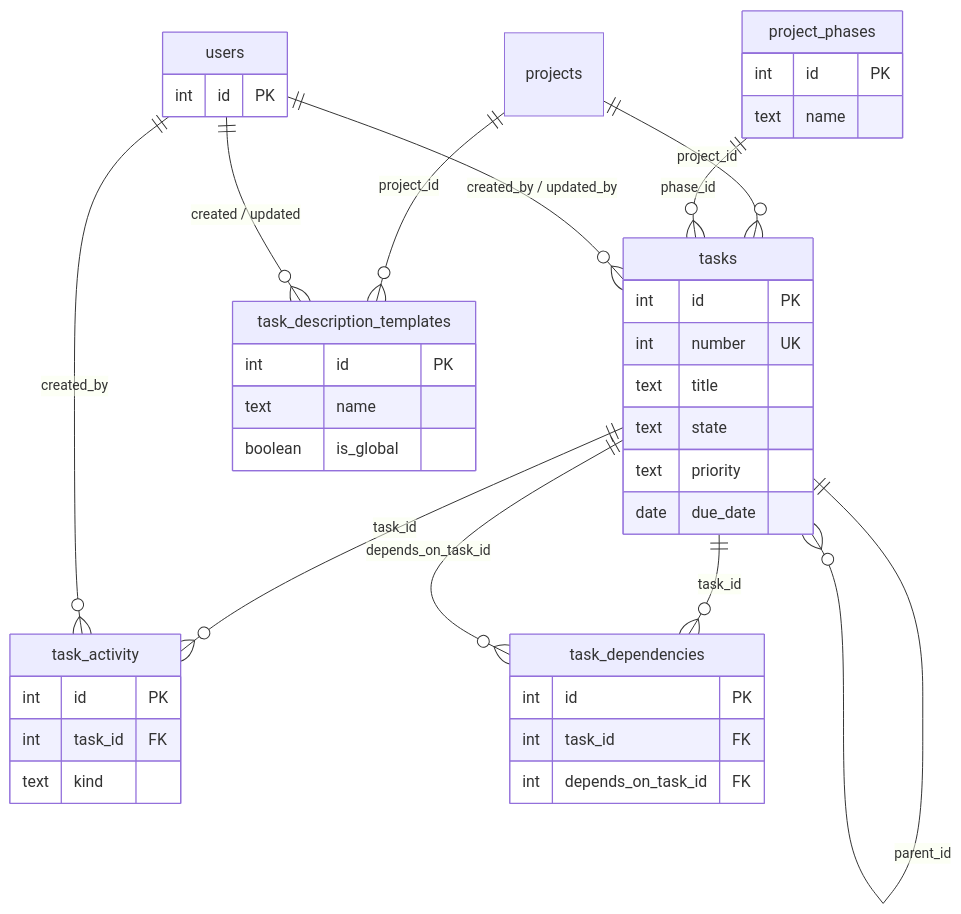
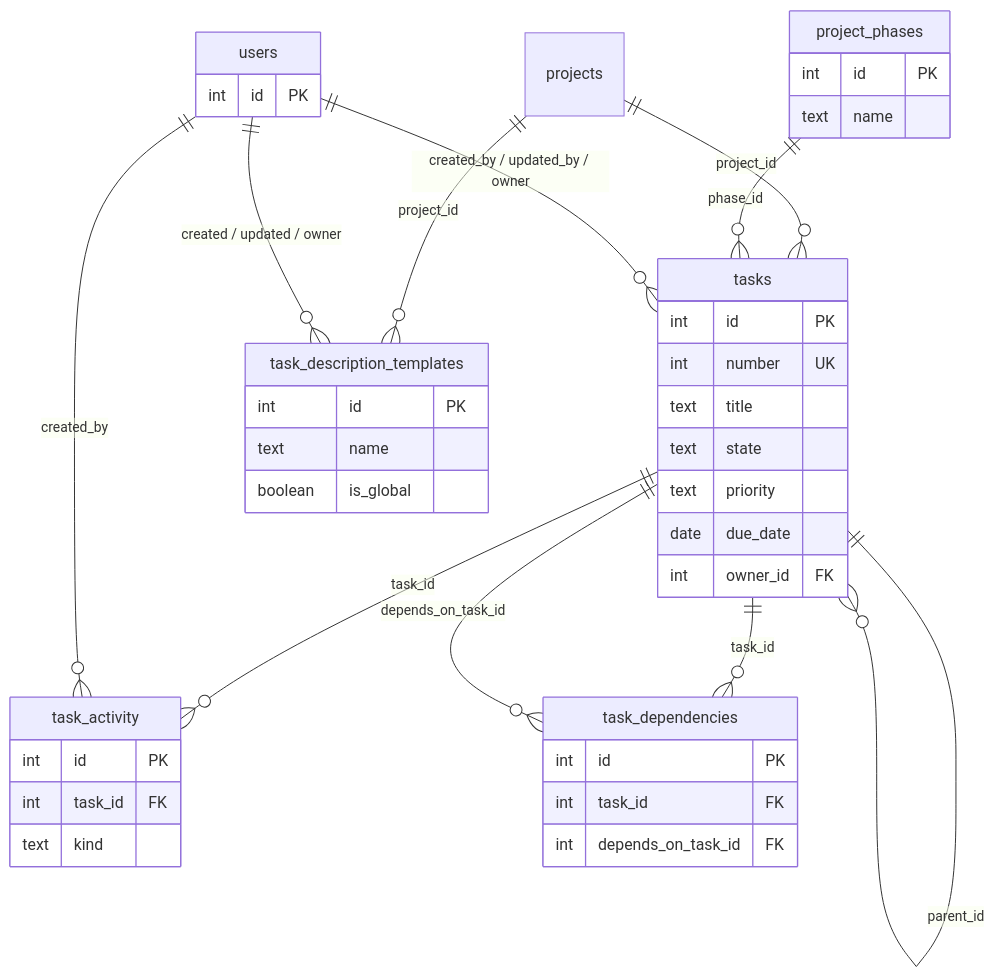
Before and after one commit to blackrook-io/taskmesh: the diagram in docs/database/tasks.md, drawn with Mermaid. The commit also changed other lines of this file and 32 other files, not shown here.

First line of the commit message:
Add per-user ownership schema and helpers (T0112), shipped as 0.32.0.

````diff
--- a/docs/database/tasks.md
+++ b/docs/database/tasks.md
@@ -9,44 +9,45 @@
 ```mermaid
 erDiagram
   projects ||--o{ tasks : "project_id"
   project_phases ||--o{ tasks : "phase_id"
   tasks ||--o{ tasks : "parent_id"
-  users ||--o{ tasks : "created_by / updated_by"
+  users ||--o{ tasks : "created_by / updated_by / owner"
   tasks ||--o{ task_activity : "task_id"
   tasks ||--o{ task_dependencies : "task_id"
   tasks ||--o{ task_dependencies : "depends_on_task_id"
   projects ||--o{ task_description_templates : "project_id"
-  users ||--o{ task_description_templates : "created / updated"
+  users ||--o{ task_description_templates : "created / updated / owner"
   users ||--o{ task_activity : "created_by"
 
   project_phases {
     int id PK
     text name
   }
   tasks {
     int id PK
     int number UK
     text title
     text state
     text priority
     date due_date
+    int owner_id FK
   }
   task_activity {
     int id PK
     int task_id FK
     text kind
   }
   task_dependencies {
     int id PK
     int task_id FK
     int depends_on_task_id FK
   }
   task_description_templates {
     int id PK
     text name
     boolean is_global
   }
   users {
     int id PK
   }
 ```
````
